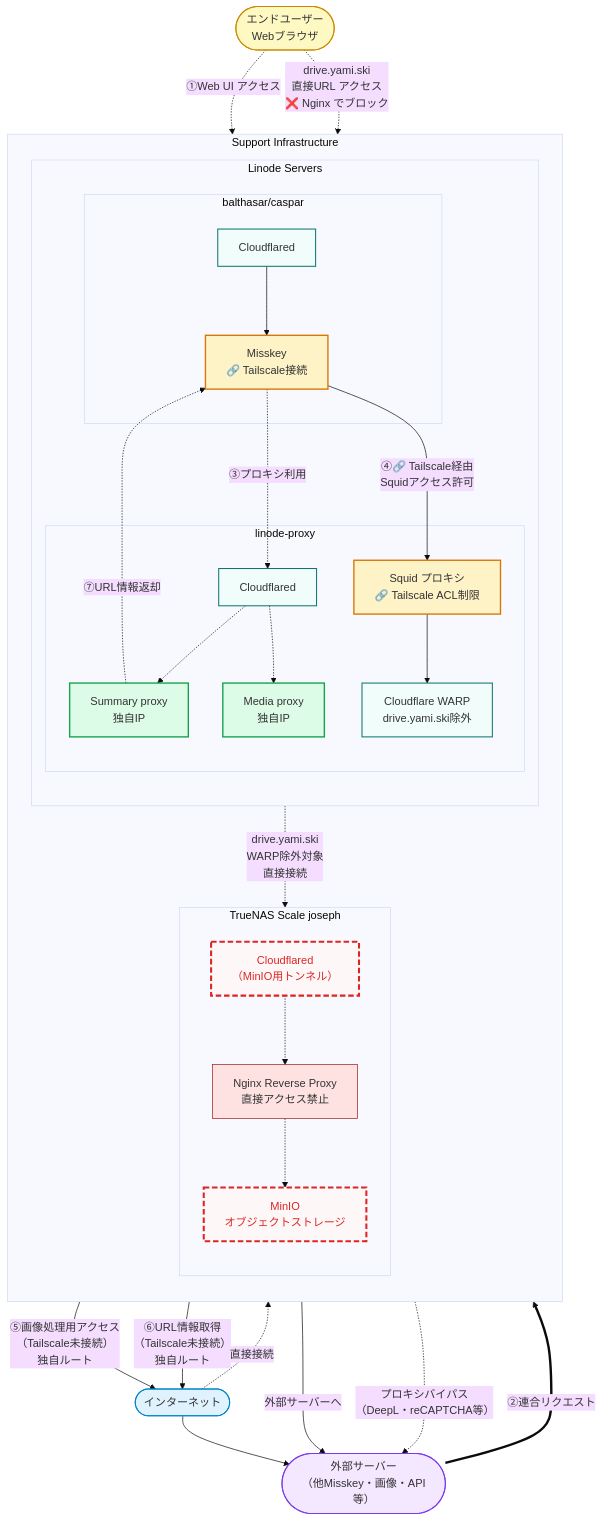
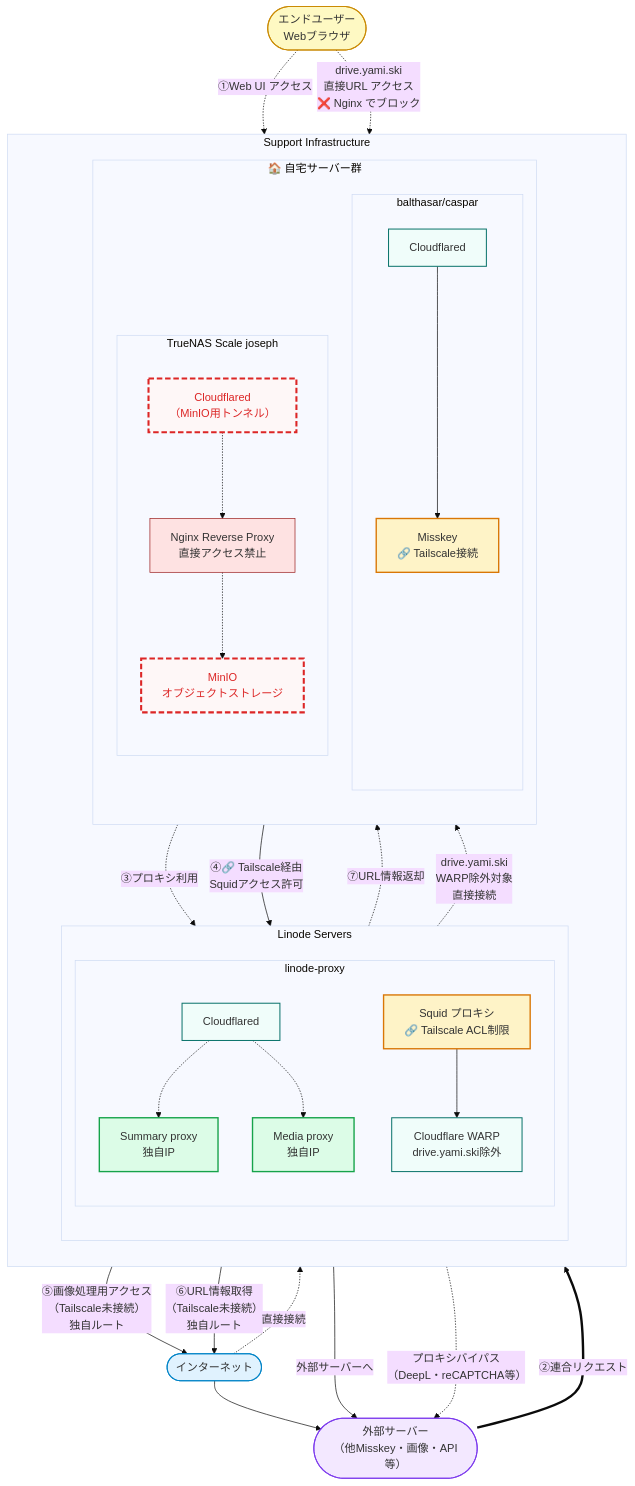
Before and after one commit to yamisskey-dev/hosted-list: the fifth of 5 diagrams in README.md, drawn with Mermaid (base theme).

```diff
--- a/README.md
+++ b/README.md
@@ -471,18 +471,21 @@
             warp[Cloudflare WARP<br/>drive.yami.ski除外]:::cloudflare
             cloudflared_p[Cloudflared]:::cloudflare
         end
-        
+    end
+    
+    subgraph homeservers[🏠 自宅サーバー群]
+        direction TB
         subgraph balthasar_caspar[balthasar/caspar]
             yamisskey[Misskey<br/>🔗 Tailscale接続]:::tailscale
             cloudflared_bc[Cloudflared]:::cloudflare
         end
-    end
-    
-    subgraph truenas[TrueNAS Scale joseph]
-        direction TB
-        nginx_minio[Nginx Reverse Proxy<br/>直接アクセス禁止]:::security
-        minio[MinIO<br/>オブジェクトストレージ]:::excludeHome
-        cloudflared_home[Cloudflared<br/>（MinIO用トンネル）]:::excludeHome
+        
+        subgraph truenas[TrueNAS Scale joseph]
+            direction TB
+            nginx_minio[Nginx Reverse Proxy<br/>直接アクセス禁止]:::security
+            minio[MinIO<br/>オブジェクトストレージ]:::excludeHome
+            cloudflared_home[Cloudflared<br/>（MinIO用トンネル）]:::excludeHome
+        end
     end
 end
 
```
